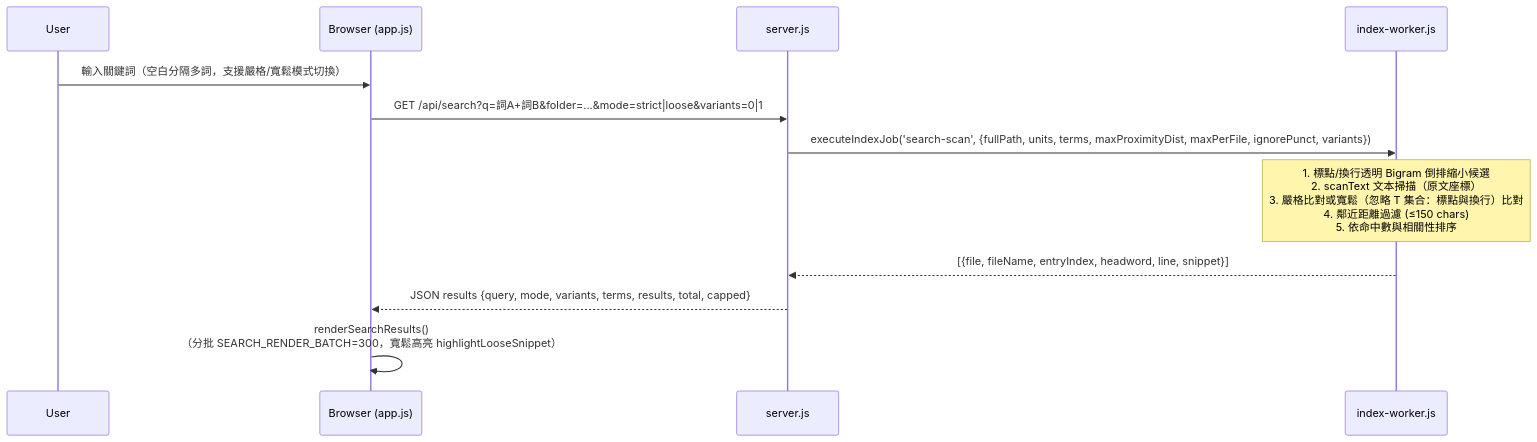
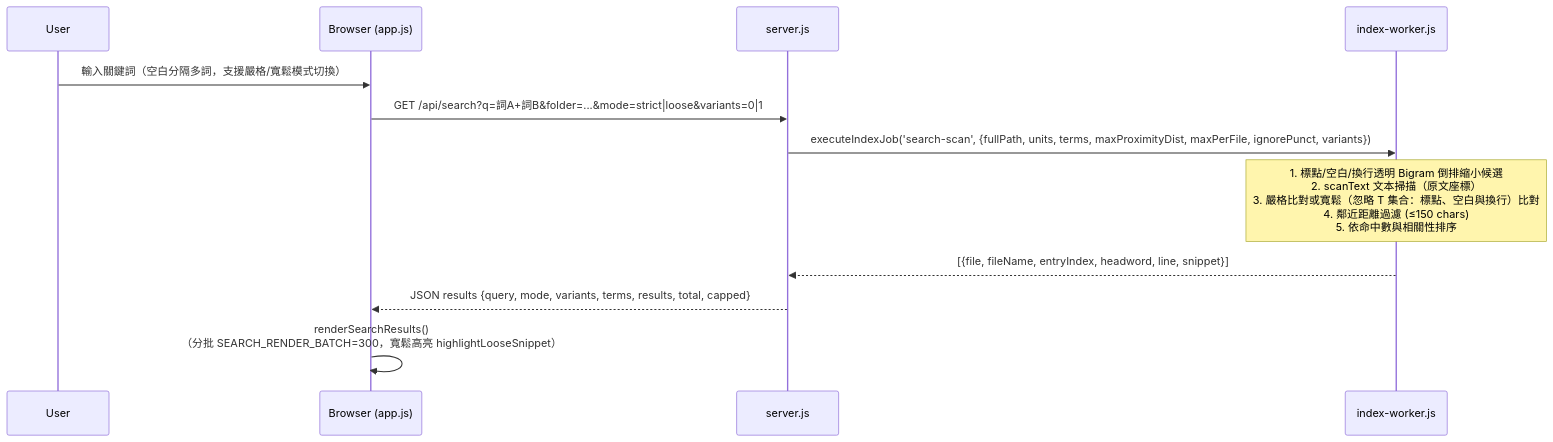
One commit to jmedzen/mdWebview changed the seventh of 12 diagrams in ARCHITECTURE.md. Above: the diagram before and after it, drawn with Mermaid. The commit also changed other lines of this file and 15 other files, not shown here.

````diff
--- a/ARCHITECTURE.md
+++ b/ARCHITECTURE.md
@@ -339,15 +339,15 @@
 ```mermaid
 sequenceDiagram
     participant U as User
     participant B as Browser (app.js)
     participant S as server.js
     participant IX as index-worker.js
 
     U->>B: 輸入關鍵詞（空白分隔多詞，支援嚴格/寬鬆模式切換）
     B->>S: GET /api/search?q=詞A+詞B&folder=...&mode=strict|loose&variants=0|1
     S->>IX: executeIndexJob('search-scan', {fullPath, units, terms, maxProximityDist, maxPerFile, ignorePunct, variants})
-    Note over IX: 1. 標點/換行透明 Bigram 倒排縮小候選<br/>2. scanText 文本掃描（原文座標）<br/>3. 嚴格比對或寬鬆（忽略 T 集合：標點與換行）比對<br/>4. 鄰近距離過濾 (≤150 chars)<br/>5. 依命中數與相關性排序
+    Note over IX: 1. 標點/空白/換行透明 Bigram 倒排縮小候選<br/>2. scanText 文本掃描（原文座標）<br/>3. 嚴格比對或寬鬆（忽略 T 集合：標點、空白與換行）比對<br/>4. 鄰近距離過濾 (≤150 chars)<br/>5. 依命中數與相關性排序
     IX-->>S: [{file, fileName, entryIndex, headword, line, snippet}]
     S-->>B: JSON results {query, mode, variants, terms, results, total, capped}
     B->>B: renderSearchResults()<br/>（分批 SEARCH_RENDER_BATCH=300，寬鬆高亮 highlightLooseSnippet）
 ```
````
